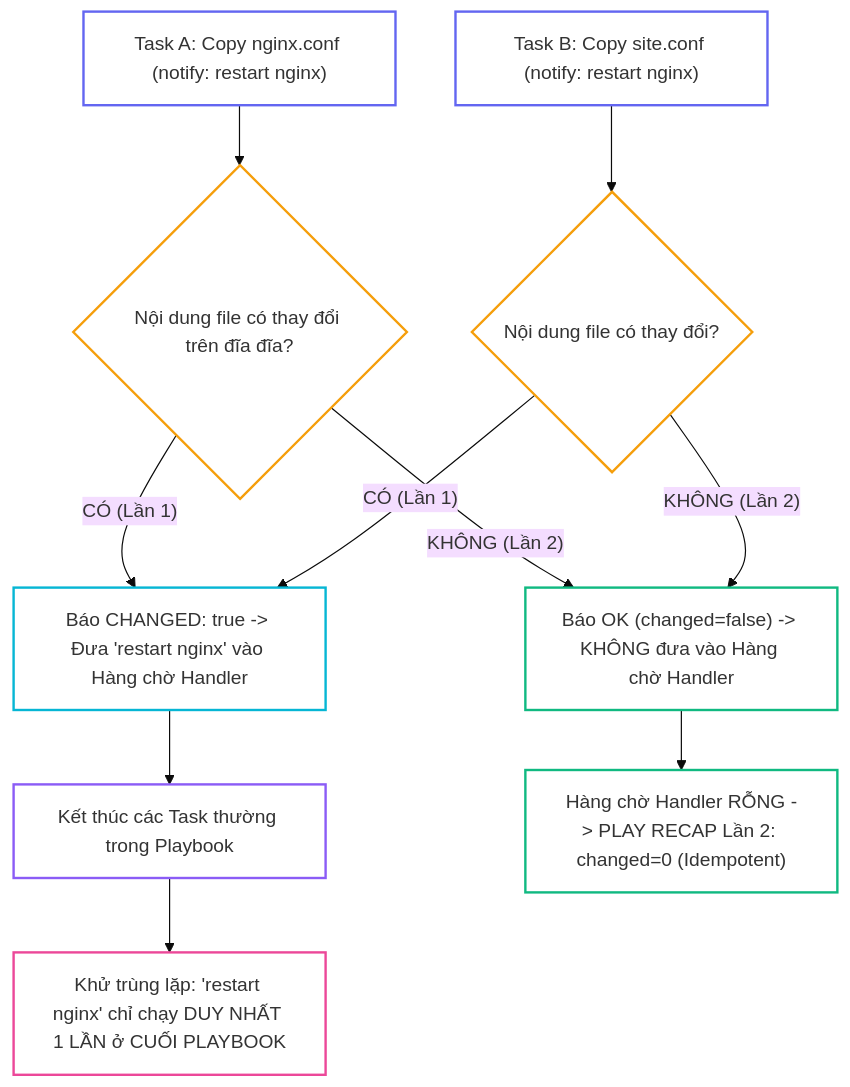
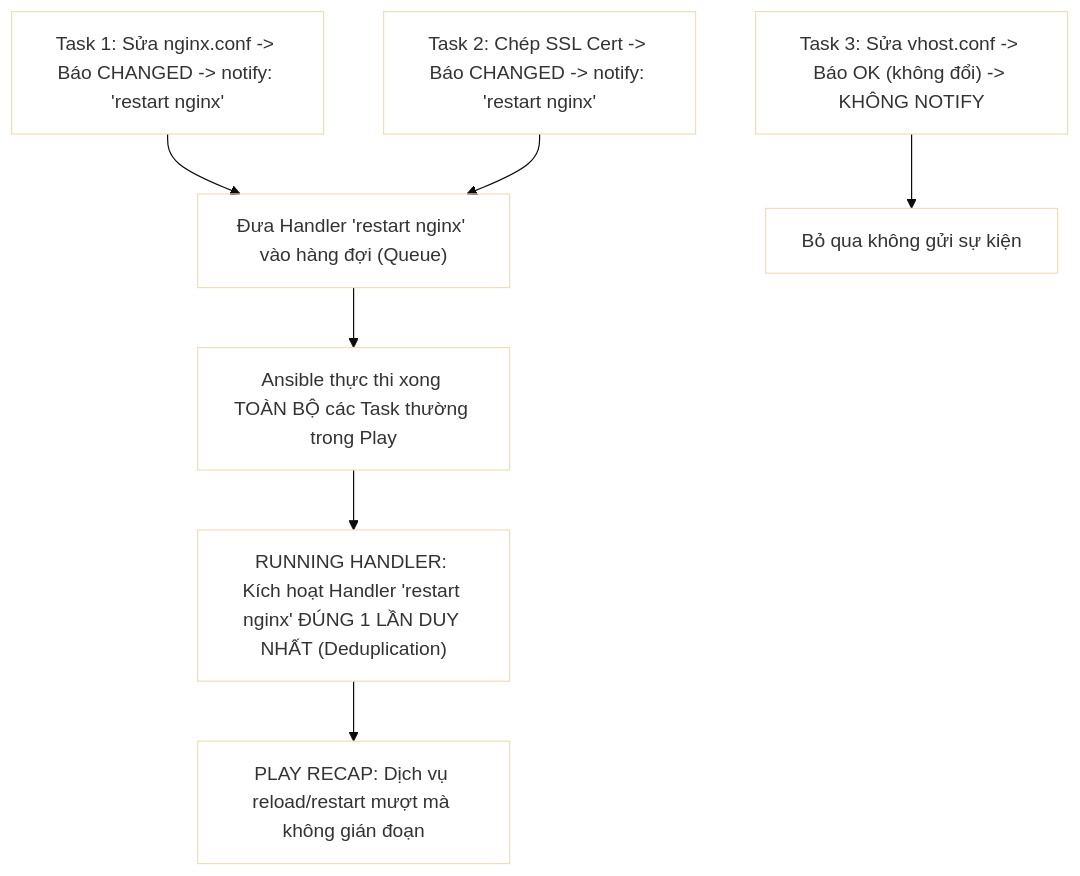
The first of 3 diagrams in _posts/2026-09-13-ansible-11-11-handlers-notify.md (kiennt308/ntk), drawn with Mermaid (base theme) before and after one commit. The commit also changed other lines of this file and 30 other files, not shown here.

````diff
--- a/_posts/2026-09-13-ansible-11-11-handlers-notify.md
+++ b/_posts/2026-09-13-ansible-11-11-handlers-notify.md
@@ -82,25 +37,19 @@
 ```mermaid
 graph TD
-    A["Task A: Copy nginx.conf (notify: restart nginx)"] --> B{"Nội dung file có thay đổi trên đĩa đĩa?"}
-    B -->|"CÓ (Lần 1)"| C["Báo CHANGED: true -> Đưa 'restart nginx' vào Hàng chờ Handler"]
-    B -->|"KHÔNG (Lần 2)"| D["Báo OK (changed=false) -> KHÔNG đưa vào Hàng chờ Handler"]
+    A["Task 1: Sửa nginx.conf -> Báo CHANGED -> notify: 'restart nginx'"] --> D["Đưa Handler 'restart nginx' vào hàng đợi (Queue)"]
+    B["Task 2: Chép SSL Cert -> Báo CHANGED -> notify: 'restart nginx'"] --> D
+    C["Task 3: Sửa vhost.conf -> Báo OK (không đổi) -> KHÔNG NOTIFY"] --> E["Bỏ qua không gửi sự kiện"]
     
-    E["Task B: Copy site.conf (notify: restart nginx)"] --> F{"Nội dung file có thay đổi?"}
-    F -->|"CÓ (Lần 1)"| C
-    F -->|"KHÔNG (Lần 2)"| D
-    
-    C --> G["Kết thúc các Task thường trong Playbook"]
-    G --> H["Khử trùng lặp: 'restart nginx' chỉ chạy DUY NHẤT 1 LẦN ở CUỐI PLAYBOOK"]
-    
-    D --> I["Hàng chờ Handler RỖNG -> PLAY RECAP Lần 2: changed=0 (Idempotent)"]
+    D --> F["Ansible thực thi xong TOÀN BỘ các Task thường trong Play"]
+    F --> G["RUNNING HANDLER: Kích hoạt Handler 'restart nginx' ĐÚNG 1 LẦN DUY NHẤT (Deduplication)"]
+    G --> H["PLAY RECAP: Dịch vụ reload/restart mượt mà không gián đoạn"]
 
-    style A fill:none,stroke:#6366f1,stroke-width:2px
-    style B fill:none,stroke:#f59e0b,stroke-width:2px
-    style C fill:none,stroke:#06b6d4,stroke-width:2px
-    style D fill:none,stroke:#10b981,stroke-width:2px
-    style E fill:none,stroke:#6366f1,stroke-width:2px
-    style F fill:none,stroke:#f59e0b,stroke-width:2px
-    style G fill:none,stroke:#8b5cf6,stroke-width:2px
-    style H fill:none,stroke:#ec4899,stroke-width:2px
-    style I fill:none,stroke:#10b981,stroke-width:2px
+    style A fill:none
+    style B fill:none
+    style C fill:none
+    style D fill:none
+    style E fill:none
+    style F fill:none
+    style G fill:none
+    style H fill:none
 ```
````
